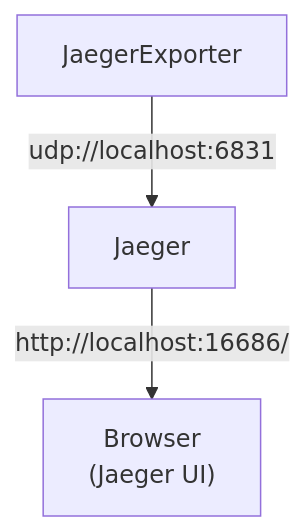
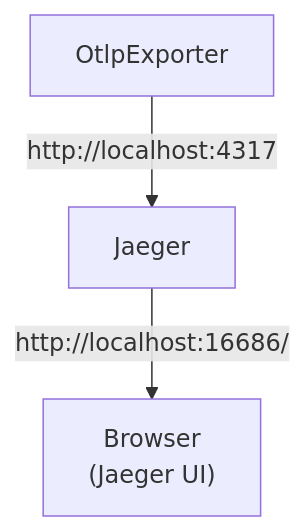
Before and after one commit to open-telemetry/opentelemetry-dotnet: the second of 3 diagrams in docs/trace/getting-started-jaeger/README.md, drawn with Mermaid. The commit also changed other lines of this file and 3 other files, not shown here.

First line of the commit message:
[DOC] Update Jaeger tutorial to use OTLP Exporter (#3940)

````diff
--- a/docs/trace/getting-started-jaeger/README.md
+++ b/docs/trace/getting-started-jaeger/README.md
@@ -133,6 +133,6 @@
 ```mermaid
 graph TD
 
-JaegerExporter["JaegerExporter"] --> |udp://localhost:6831| Jaeger
+OtlpExporter["OtlpExporter"] --> |http://localhost:4317| Jaeger
 Jaeger -->|http://localhost:16686/| JaegerUI["Browser<br/>(Jaeger UI)"]
 ```
````
